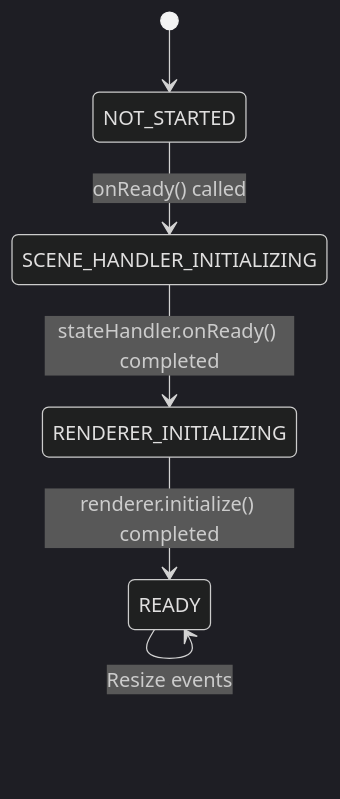
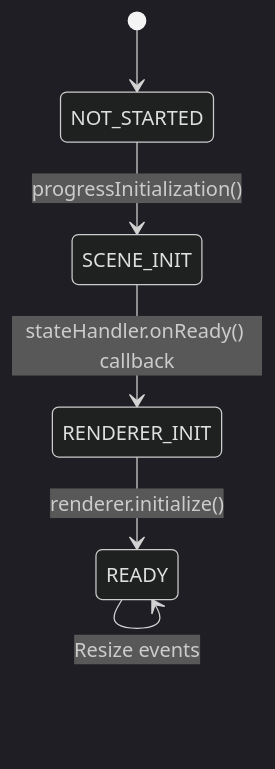
One commit to Zernikalos/Zernikalos changed the second of 5 diagrams in wiki/architecture/initialization-flow-diagram.md. Above: the diagram before and after it, drawn with Mermaid (dark theme). The commit also changed other lines of this file and 2 other files, not shown here.

Commit message:
refactor: 💡 Small improvements on the ZSurfaceViewEventHandlerImpl and state

````diff
--- a/wiki/architecture/initialization-flow-diagram.md
+++ b/wiki/architecture/initialization-flow-diagram.md
@@ -52,9 +48,9 @@
 ```mermaid
 stateDiagram-v2
     [*] --> NOT_STARTED
-    NOT_STARTED --> SCENE_HANDLER_INITIALIZING : onReady() called
-    SCENE_HANDLER_INITIALIZING --> RENDERER_INITIALIZING : stateHandler.onReady() completed
-    RENDERER_INITIALIZING --> READY : renderer.initialize() completed
+    NOT_STARTED --> SCENE_INIT : progressInitialization()
+    SCENE_INIT --> RENDERER_INIT : stateHandler.onReady() callback
+    RENDERER_INIT --> READY : renderer.initialize()
     READY --> READY : Rendering events
     READY --> READY : Resize events
 ```
````
